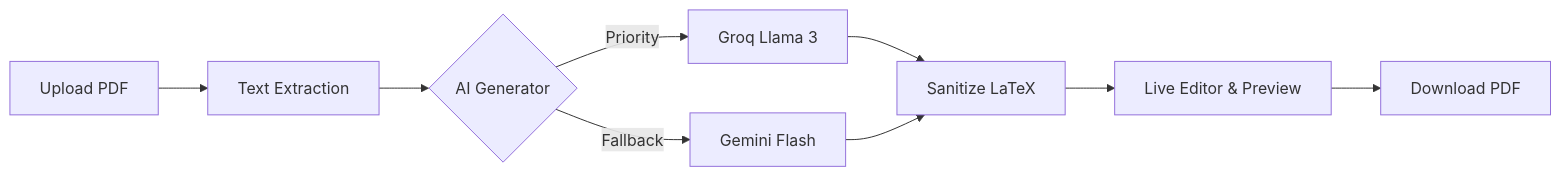
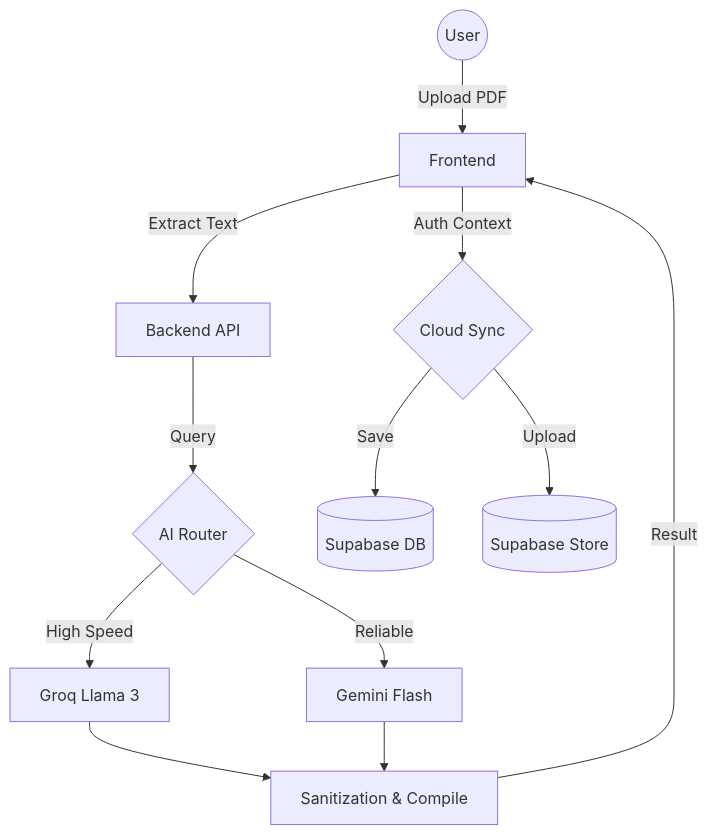
Before and after one commit to Pramod-Munnoli/AI_Latex_Resume_Builder: the diagram in README.md, drawn with Mermaid. The commit also changed other lines of this file, not shown here.

````diff
--- a/README.md
+++ b/README.md
@@ -87,11 +30,14 @@
 ```mermaid
-graph LR
-    A[Upload PDF] --> B[Text Extraction]
-    B --> C{AI Generator}
-    C -->|Priority| D[Groq Llama 3]
-    C -->|Fallback| E[Gemini Flash]
-    D --> F[Sanitize LaTeX]
-    E --> F[Sanitize LaTeX]
-    F --> G[Live Editor & Preview]
-    G --> H[Download PDF]
+graph TD
+    User((User)) -->|Upload PDF| FE[Frontend]
+    FE -->|Extract Text| BE[Backend API]
+    BE -->|Query| AI{AI Router}
+    AI -->|High Speed| Groq[Groq Llama 3]
+    AI -->|Reliable| Gemini[Gemini Flash]
+    Groq --> Sant[Sanitization & Compile]
+    Gemini --> Sant
+    Sant -->|Result| FE
+    FE -->|Auth Context| Sync{Cloud Sync}
+    Sync -->|Save| DB[(Supabase DB)]
+    Sync -->|Upload| S3[(Supabase Store)]
 ```
````
